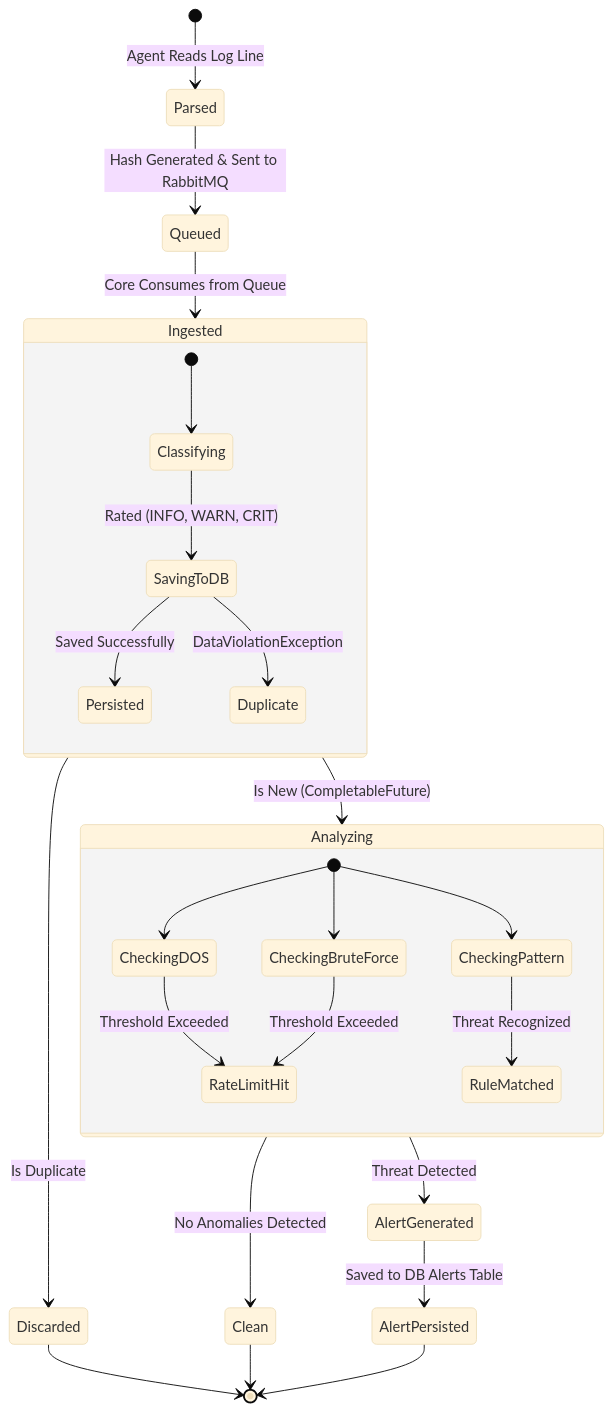
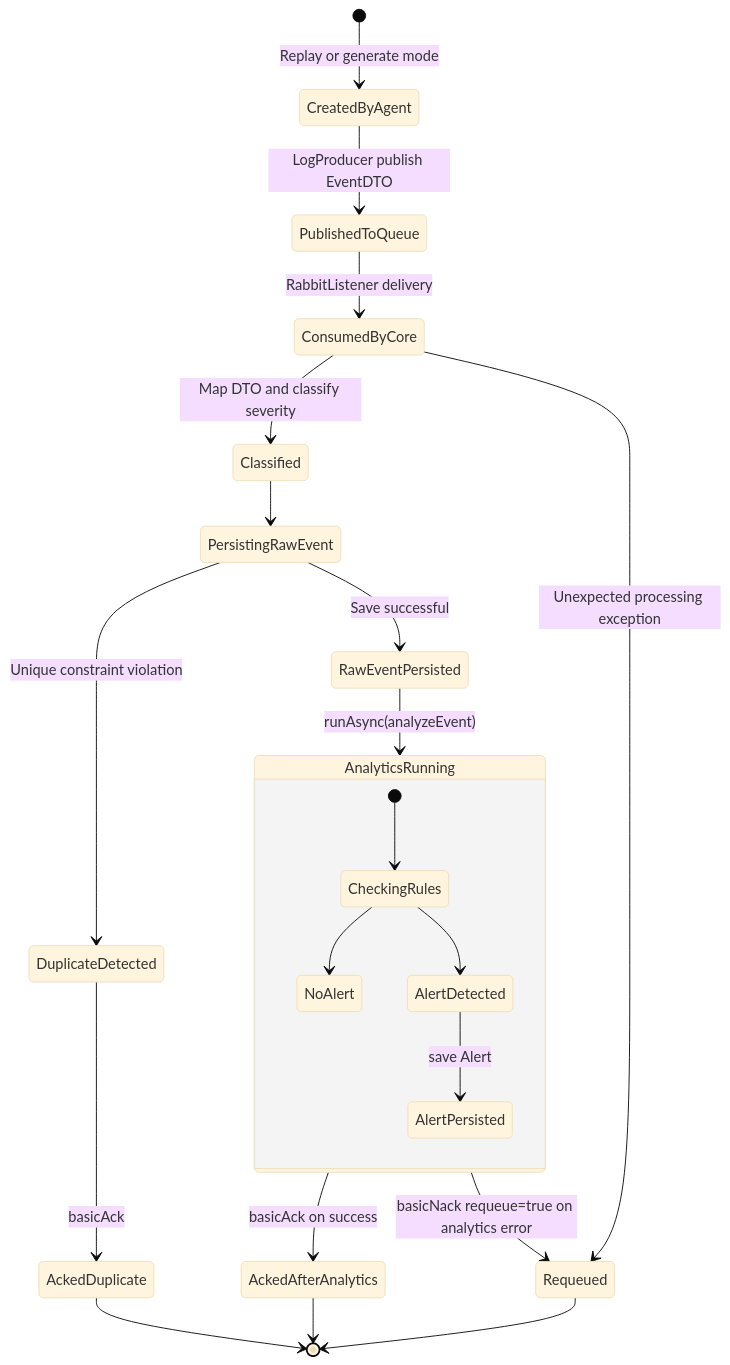
The diagram in docs/uml/State_UML.md (ZGr3Y/sentinel-distributed-siem), drawn with Mermaid (base theme) before and after one commit. The commit also changed other lines of this file and 7 other files, not shown here.

Commit message:
docs: add project guidelines covering architecture, build, test, coding conventions, and pitfalls

````diff
--- a/docs/uml/State_UML.md
+++ b/docs/uml/State_UML.md
@@ -5,37 +6,31 @@
 ```mermaid
 stateDiagram-v2
-    [*] --> Parsed : Agent Reads Log Line
-    
-    Parsed --> Queued : Hash Generated & Sent to RabbitMQ
-    
-    Queued --> Ingested : Core Consumes from Queue
-    
-    state Ingested {
-        [*] --> Classifying
-        Classifying --> SavingToDB : Rated (INFO, WARN, CRIT)
-        SavingToDB --> Persisted : Saved Successfully
-        SavingToDB --> Duplicate : DataViolationException
+    [*] --> CreatedByAgent : Replay or generate mode
+    CreatedByAgent --> PublishedToQueue : LogProducer publish EventDTO
+    PublishedToQueue --> ConsumedByCore : RabbitListener delivery
+
+    ConsumedByCore --> Classified : Map DTO and classify severity
+    Classified --> PersistingRawEvent
+
+    PersistingRawEvent --> DuplicateDetected : Unique constraint violation
+    DuplicateDetected --> AckedDuplicate : basicAck
+    AckedDuplicate --> [*]
+
+    PersistingRawEvent --> RawEventPersisted : Save successful
+    RawEventPersisted --> AnalyticsRunning : runAsync(analyzeEvent)
+
+    state AnalyticsRunning {
+        [*] --> CheckingRules
+        CheckingRules --> NoAlert
+        CheckingRules --> AlertDetected
+        AlertDetected --> AlertPersisted : save Alert
     }
-    
-    Ingested --> Discarded : Is Duplicate
-    Discarded --> [*]
-    
-    Ingested --> Analyzing : Is New (CompletableFuture)
-    
-    state Analyzing {
-        [*] --> CheckingDOS
-        [*] --> CheckingBruteForce
-        [*] --> CheckingPattern
-        
-        CheckingDOS --> RateLimitHit : Threshold Exceeded
-        CheckingBruteForce --> RateLimitHit : Threshold Exceeded
-        CheckingPattern --> RuleMatched : Threat Recognized
-    }
-    
-    Analyzing --> Clean : No Anomalies Detected
-    Clean --> [*]
-    
-    Analyzing --> AlertGenerated : Threat Detected
-    AlertGenerated --> AlertPersisted : Saved to DB Alerts Table
-    AlertPersisted --> [*]
+
+    AnalyticsRunning --> AckedAfterAnalytics : basicAck on success
+    AckedAfterAnalytics --> [*]
+
+    AnalyticsRunning --> Requeued : basicNack requeue=true on analytics error
+    Requeued --> [*]
+
+    ConsumedByCore --> Requeued : Unexpected processing exception
 ```
````
